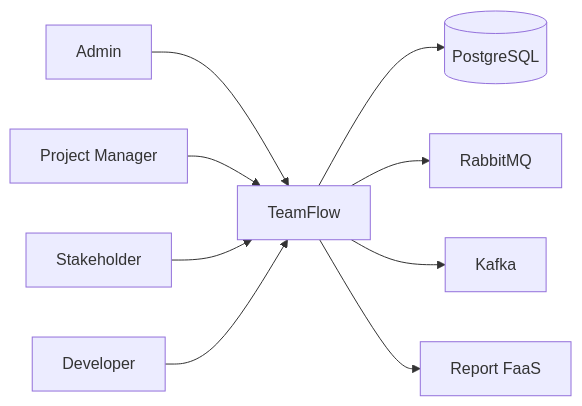
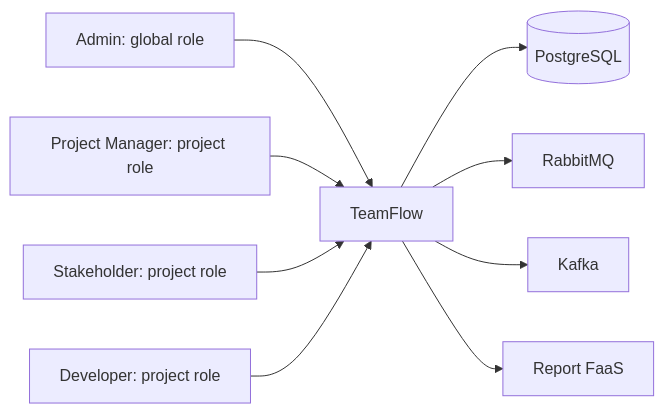
Before and after one commit to MARKUCI14/teamFlow: the first of 3 diagrams in docs/architecture/c4-model.md, drawn with Mermaid. The commit also changed other lines of this file and 13 other files, not shown here.

Commit message:
docs: align TeamFlow architecture, roles, workflow, and rubric

````diff
--- a/docs/architecture/c4-model.md
+++ b/docs/architecture/c4-model.md
@@ -5,11 +5,11 @@
 ```mermaid
 flowchart LR
-  A[Admin] --> T[TeamFlow]
-  PM[Project Manager] --> T
-  S[Stakeholder] --> T
-  D[Developer] --> T
+  A[Admin: global role] --> T[TeamFlow]
+  PM[Project Manager: project role] --> T
+  S[Stakeholder: project role] --> T
+  D[Developer: project role] --> T
   T --> PG[(PostgreSQL)]
   T --> MQ[RabbitMQ]
   T --> K[Kafka]
   T --> F[Report FaaS]
 ```
````
